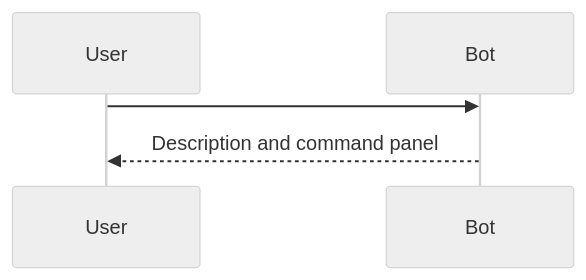
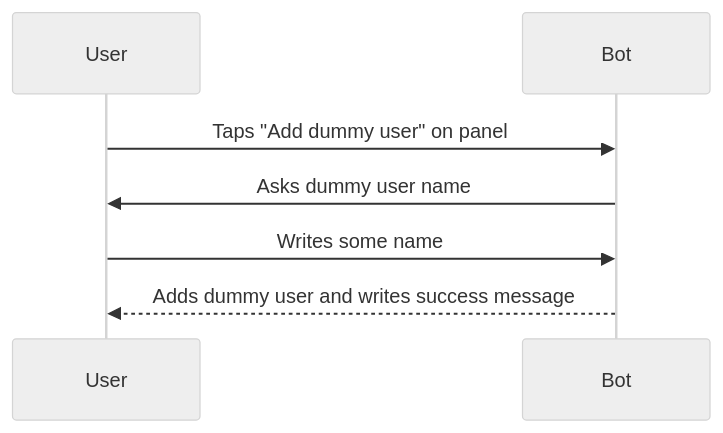
The third of 3 diagrams in docs/sequences.md (BeaverNotACat/receipt-splitting-bot), drawn with Mermaid (neutral theme) before and after one commit. The commit also changed other lines of this file and 2 other files, not shown here.

Commit message:
📝 Add userflow diagrams

````diff
--- a/docs/sequences.md
+++ b/docs/sequences.md
@@ -12,7 +29,9 @@
 ```mermaid
 sequenceDiagram
     participant User
     participant Bot
-    User ->> Bot: 
-    Bot -->> User: Description and command panel
+    User ->> Bot: Taps "Add dummy user" on panel
+    Bot ->> User: Asks dummy user name
+    User ->> Bot: Writes some name
+    Bot -->> User: Adds dummy user and writes success message
 ```
````
